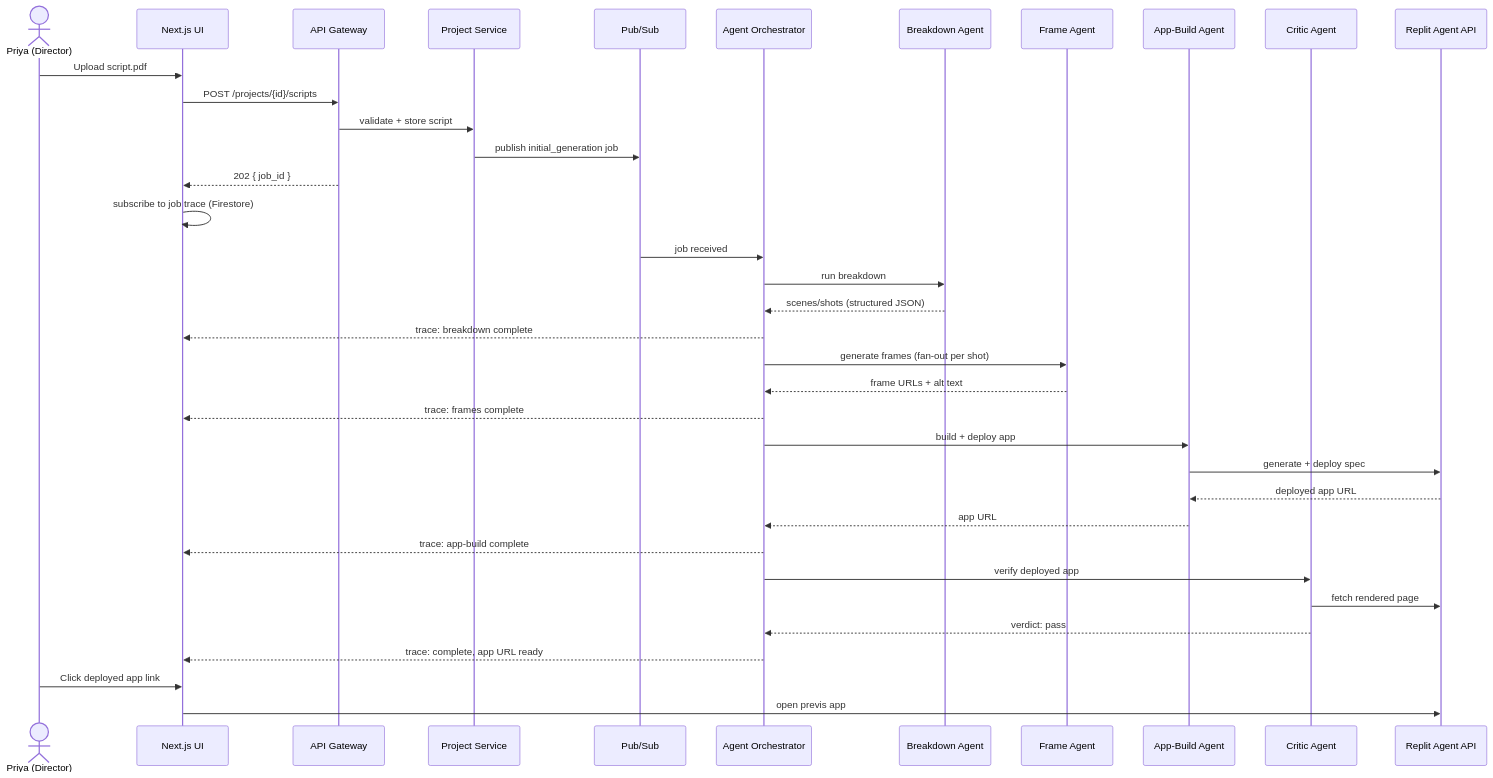
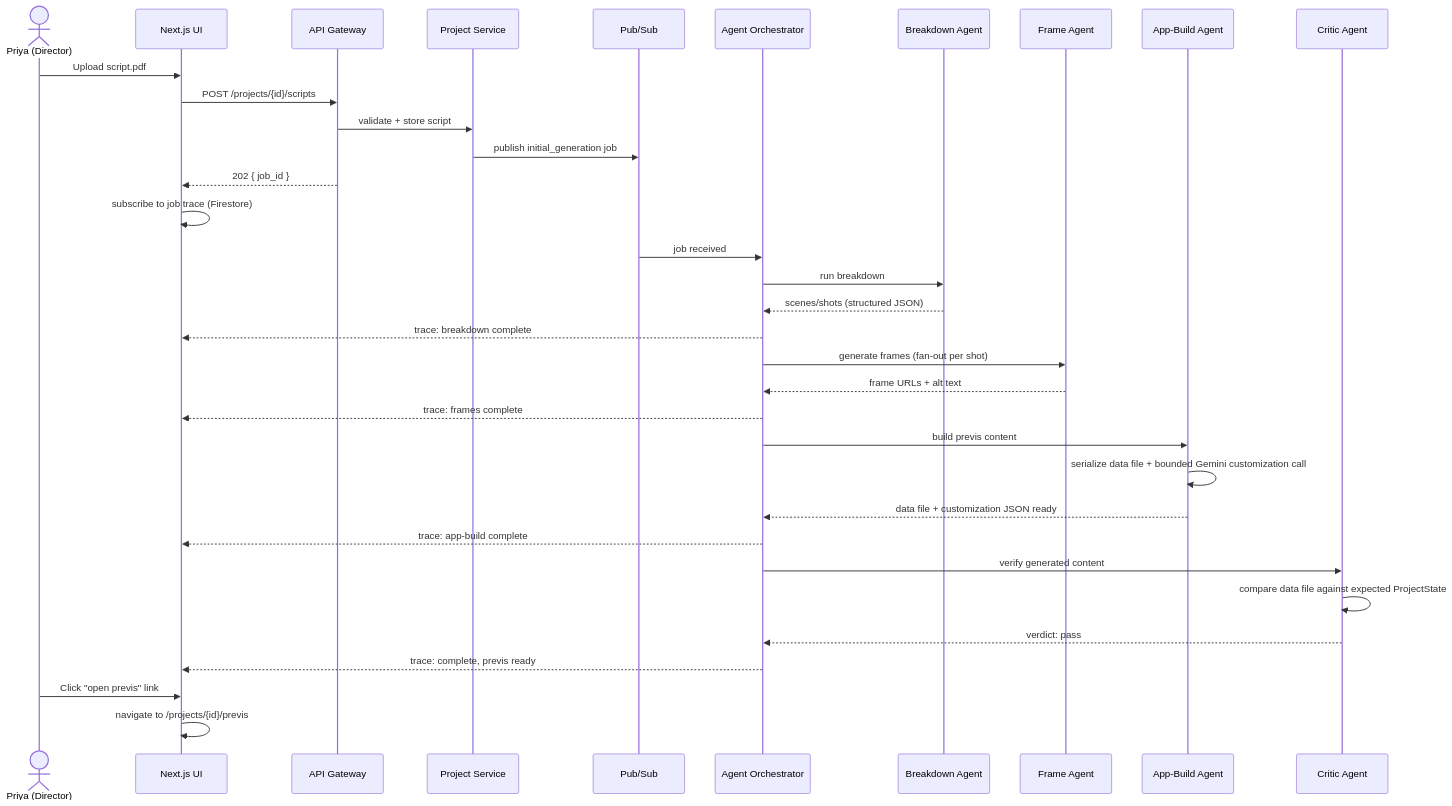
One commit to Monolithic-Dev/Scene-Craft changed the third of 9 diagrams in docs/10-DIAGRAMS.md. Above: the diagram before and after it, drawn with Mermaid. The commit also changed other lines of this file and 12 other files, not shown here.

````diff
--- a/docs/10-DIAGRAMS.md
+++ b/docs/10-DIAGRAMS.md
@@ -95,44 +95,42 @@
 ```mermaid
 sequenceDiagram
     actor Priya as Priya (Director)
     participant UI as Next.js UI
     participant GW as API Gateway
     participant PS as Project Service
     participant Bus as Pub/Sub
     participant Orch as Agent Orchestrator
     participant BA as Breakdown Agent
     participant FA as Frame Agent
     participant AB as App-Build Agent
     participant CA as Critic Agent
-    participant Replit as Replit Agent API
 
     Priya->>UI: Upload script.pdf
     UI->>GW: POST /projects/{id}/scripts
     GW->>PS: validate + store script
     PS->>Bus: publish initial_generation job
     GW-->>UI: 202 { job_id }
     UI->>UI: subscribe to job trace (Firestore)
 
     Bus->>Orch: job received
     Orch->>BA: run breakdown
     BA-->>Orch: scenes/shots (structured JSON)
     Orch-->>UI: trace: breakdown complete
 
     Orch->>FA: generate frames (fan-out per shot)
     FA-->>Orch: frame URLs + alt text
     Orch-->>UI: trace: frames complete
 
-    Orch->>AB: build + deploy app
-    AB->>Replit: generate + deploy spec
-    Replit-->>AB: deployed app URL
-    AB-->>Orch: app URL
+    Orch->>AB: build previs content
+    AB->>AB: serialize data file + bounded Gemini customization call
+    AB-->>Orch: data file + customization JSON ready
     Orch-->>UI: trace: app-build complete
 
-    Orch->>CA: verify deployed app
-    CA->>Replit: fetch rendered page
+    Orch->>CA: verify generated content
+    CA->>CA: compare data file against expected ProjectState
     CA-->>Orch: verdict: pass
-    Orch-->>UI: trace: complete, app URL ready
+    Orch-->>UI: trace: complete, previs ready
 
-    Priya->>UI: Click deployed app link
-    UI->>Replit: open previs app
+    Priya->>UI: Click "open previs" link
+    UI->>UI: navigate to /projects/{id}/previs
 ```
````
